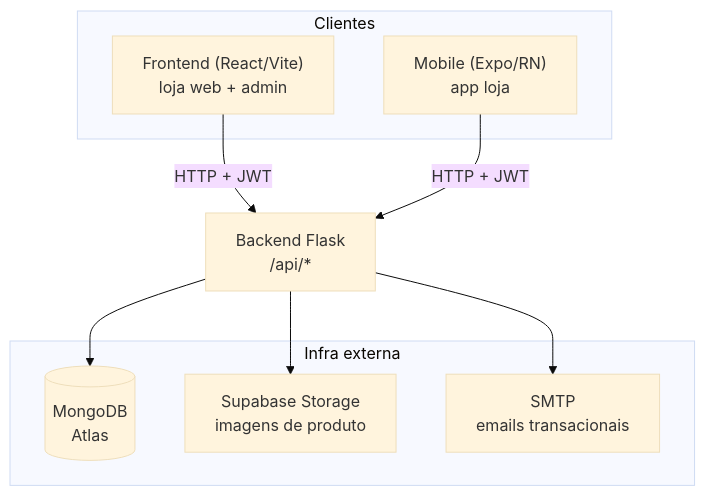
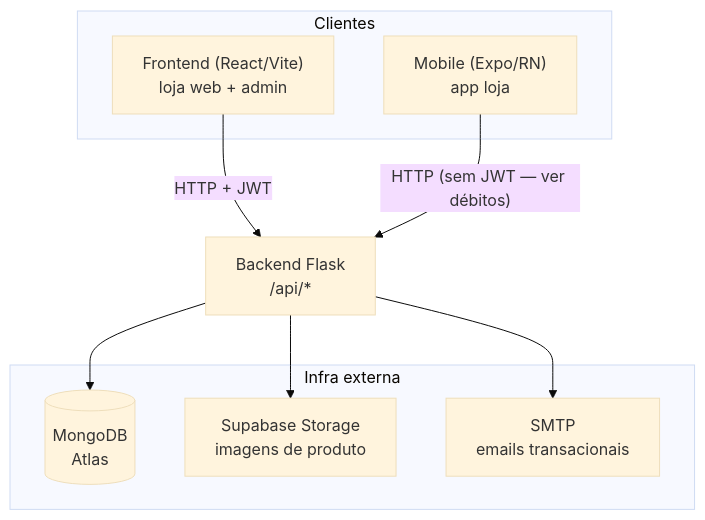
One commit to caique-az/luxus-brecho changed the first of 4 diagrams in docs/arquitetura.md. Above: the diagram before and after it, drawn with Mermaid (base theme). The commit also changed other lines of this file, not shown here.

````diff
--- a/docs/arquitetura.md
+++ b/docs/arquitetura.md
@@ -17,21 +22,21 @@
 ```mermaid
 graph TD
     subgraph Clientes
         FE["Frontend (React/Vite)<br/>loja web + admin"]
         MO["Mobile (Expo/RN)<br/>app loja"]
     end
 
     API["Backend Flask<br/>/api/*"]
 
     subgraph Infra externa
         DB[("MongoDB<br/>Atlas")]
         ST["Supabase Storage<br/>imagens de produto"]
         SMTP["SMTP<br/>emails transacionais"]
     end
 
     FE -->|HTTP + JWT| API
-    MO -->|HTTP + JWT| API
+    MO -->|"HTTP (sem JWT — ver débitos)"| API
     API --> DB
     API --> ST
     API --> SMTP
 ```
````
